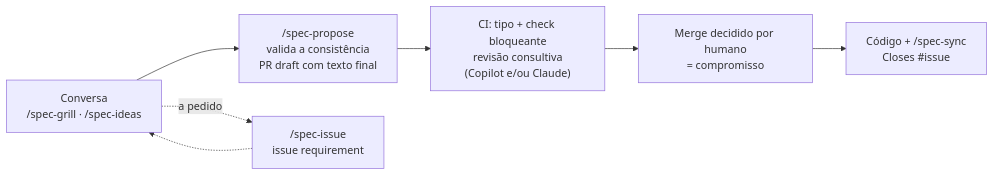
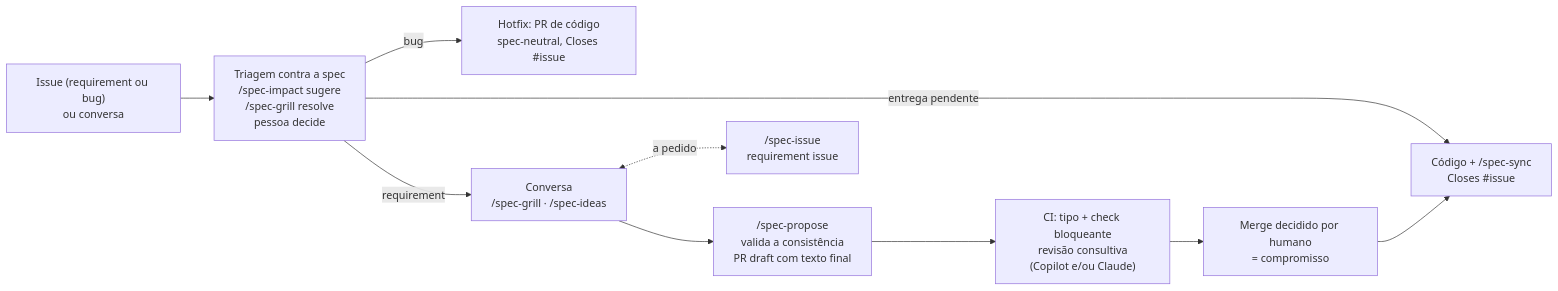
The diagram in README.md (useful-toys/Tabularium), drawn with Mermaid before and after one commit. The commit also changed other lines of this file and 24 other files, not shown here.

First line of the commit message:
Definição do tabularium: requirement issue com triagem, corpo vivo e histórico em comentários

````diff
--- a/README.md
+++ b/README.md
@@ -16,9 +16,12 @@
 ```mermaid
 flowchart LR
-  G["Conversa<br/>/spec-grill · /spec-ideas"] --> P["/spec-propose<br/>valida a consistência<br/>PR draft com texto final"]
-  G -.->|a pedido| I["/spec-issue<br/>issue requirement"]
-  I -.-> G
+  E["Issue (requirement ou bug)<br/>ou conversa"] --> T["Triagem contra a spec<br/>/spec-impact sugere<br/>/spec-grill resolve<br/>pessoa decide"]
+  T -->|bug| H["Hotfix: PR de código<br/>spec-neutral, Closes #issue"]
+  T -->|entrega pendente| C
+  T -->|requirement| G["Conversa<br/>/spec-grill · /spec-ideas"]
+  G <-.->|a pedido| I["/spec-issue<br/>requirement issue"]
+  G --> P["/spec-propose<br/>valida a consistência<br/>PR draft com texto final"]
   P --> R["CI: tipo + check bloqueante<br/>revisão consultiva<br/>(Copilot e/ou Claude)"]
   R --> A["Merge decidido por humano<br/>= compromisso"]
   A --> C["Código + /spec-sync<br/>Closes #issue"]
 ```
````
